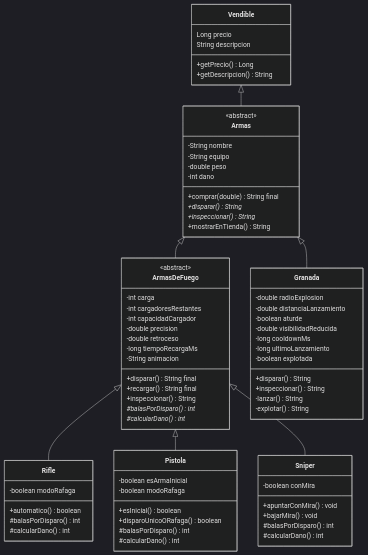
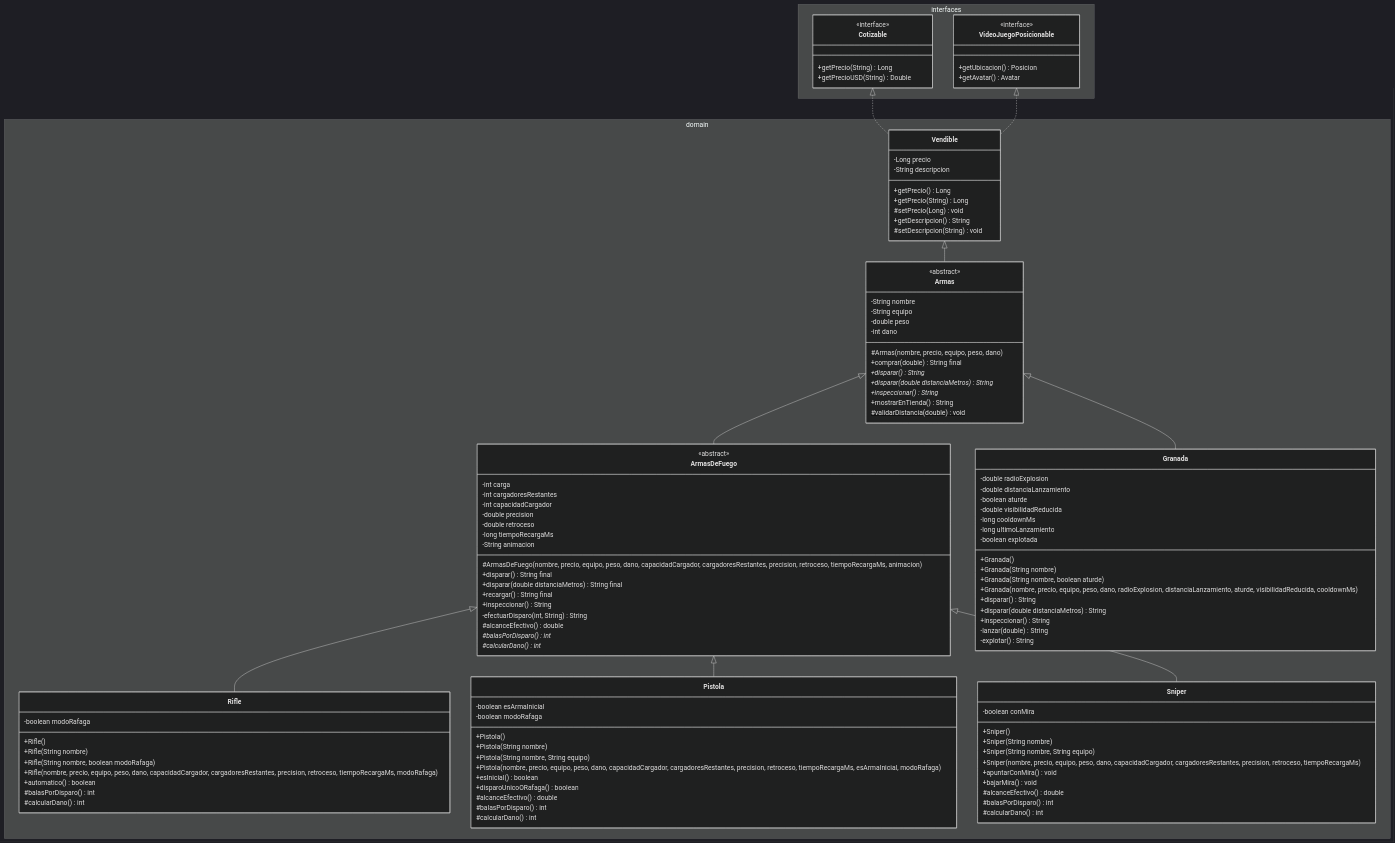
Before and after one commit to Pomona06/MK-taller-git-2026: the diagram in README.md, drawn with Mermaid (dark theme). The commit also changed other lines of this file, not shown here.

Commit message:
README: licencia, Mermaid alineado con src/ y apartado de sobrecarga y sobreescritura
- Sección de licencia Apache 2.0 con enlace a LICENSE.
- Endpoints nuevos (/armas/crear-simple, /armas/comparar, parámetro
  distancia), ejemplos de curl, casos que devuelven 400 y JSON de ejemplo.
- Árbol de paquetes según el template py.edu.uc.lp3.
- Diagrama Mermaid actualizado: namespaces, interfaces, visibilidad de
  Vendible, constructores sobrecargados, disparar(double) y
  alcanceEfectivo().
- Apartado "Sobrecarga y sobreescritura": qué se agregó, en qué clases y
  cómo se distingue una de la otra.
- Respuesta a la pregunta de anclaje sobre asignar la munición a mano.

Claude-Session: https://claude.ai/code/session_01Npabc9G32NaAqtHqrshxXX

````diff
--- a/README.md
+++ b/README.md
@@ -36,71 +97,116 @@
 ```mermaid
 classDiagram
-    class Vendible {
-        Long precio
-        String descripcion
-        +getPrecio() Long
-        +getDescripcion() String
+    namespace interfaces {
+        class Cotizable {
+            <<interface>>
+            +getPrecio(String) Long
+            +getPrecioUSD(String) Double
+        }
+        class VideoJuegoPosicionable {
+            <<interface>>
+            +getUbicacion() Posicion
+            +getAvatar() Avatar
+        }
     }
-    class Armas {
-        <<abstract>>
-        -String nombre
-        -String equipo
-        -double peso
-        -int dano
-        +comprar(double) String final
-        +disparar()* String
-        +inspeccionar()* String
-        +mostrarEnTienda() String
+    namespace domain {
+        class Vendible {
+            -Long precio
+            -String descripcion
+            +getPrecio() Long
+            +getPrecio(String) Long
+            #setPrecio(Long) void
+            +getDescripcion() String
+            #setDescripcion(String) void
+        }
+        class Armas {
+            <<abstract>>
+            -String nombre
+            -String equipo
+            -double peso
+            -int dano
+            #Armas(nombre, precio, equipo, peso, dano)
+            +comprar(double) String final
+            +disparar()* String
+            +disparar(double distanciaMetros)* String
+            +inspeccionar()* String
+            +mostrarEnTienda() String
+            #validarDistancia(double)$ void
+        }
+        class ArmasDeFuego {
+            <<abstract>>
+            -int carga
+            -int cargadoresRestantes
+            -int capacidadCargador
+            -double precision
+            -double retroceso
+            -long tiempoRecargaMs
+            -String animacion
+            #ArmasDeFuego(nombre, precio, equipo, peso, dano, capacidadCargador, cargadoresRestantes, precision, retroceso, tiempoRecargaMs, animacion)
+            +disparar() String final
+            +disparar(double distanciaMetros) String final
+            +recargar() String final
+            +inspeccionar() String
+            -efectuarDisparo(int, String) String
+            #alcanceEfectivo() double
+            #balasPorDisparo()* int
+            #calcularDano()* int
+        }
+        class Granada {
+            -double radioExplosion
+            -double distanciaLanzamiento
+            -boolean aturde
+            -double visibilidadReducida
+            -long cooldownMs
+            -long ultimoLanzamiento
+            -boolean explotada
+            +Granada()
+            +Granada(String nombre)
+            +Granada(String nombre, boolean aturde)
+            +Granada(nombre, precio, equipo, peso, dano, radioExplosion, distanciaLanzamiento, aturde, visibilidadReducida, cooldownMs)
+            +disparar() String
+            +disparar(double distanciaMetros) String
+            +inspeccionar() String
+            -lanzar(double) String
+            -explotar() String
+        }
+        class Rifle {
+            -boolean modoRafaga
+            +Rifle()
+            +Rifle(String nombre)
+            +Rifle(String nombre, boolean modoRafaga)
+            +Rifle(nombre, precio, equipo, peso, dano, capacidadCargador, cargadoresRestantes, precision, retroceso, tiempoRecargaMs, modoRafaga)
+            +automatico() boolean
+            #balasPorDisparo() int
+            #calcularDano() int
+        }
+        class Pistola {
+            -boolean esArmaInicial
+            -boolean modoRafaga
+            +Pistola()
+            +Pistola(String nombre)
+            +Pistola(String nombre, String equipo)
+            +Pistola(nombre, precio, equipo, peso, dano, capacidadCargador, cargadoresRestantes, precision, retroceso, tiempoRecargaMs, esArmaInicial, modoRafaga)
+            +esInicial() boolean
+            +disparoUnicoORafaga() boolean
+            #alcanceEfectivo() double
+            #balasPorDisparo() int
+            #calcularDano() int
+        }
+        class Sniper {
+            -boolean conMira
+            +Sniper()
+            +Sniper(String nombre)
+            +Sniper(String nombre, String equipo)
+            +Sniper(nombre, precio, equipo, peso, dano, capacidadCargador, cargadoresRestantes, precision, retroceso, tiempoRecargaMs)
+            +apuntarConMira() void
+            +bajarMira() void
+            #alcanceEfectivo() double
+            #balasPorDisparo() int
+            #calcularDano() int
+        }
     }
-    class ArmasDeFuego {
-        <<abstract>>
-        -int carga
-        -int cargadoresRestantes
-        -int capacidadCargador
-        -double precision
-        -double retroceso
-        -long tiempoRecargaMs
-        -String animacion
-        +disparar() String final
-        +recargar() String final
-        +inspeccionar() String
-        #balasPorDisparo()* int
-        #calcularDano()* int
-    }
-    class Granada {
-        -double radioExplosion
-        -double distanciaLanzamiento
-        -boolean aturde
-        -double visibilidadReducida
-        -long cooldownMs
-        -long ultimoLanzamiento
-        -boolean explotada
-        +disparar() String
-        +inspeccionar() String
-        -lanzar() String
-        -explotar() String
-    }
-    class Rifle {
-        -boolean modoRafaga
-        +automatico() boolean
-        #balasPorDisparo() int
-        #calcularDano() int
-    }
-    class Pistola {
-        -boolean esArmaInicial
-        -boolean modoRafaga
-        +esInicial() boolean
-        +disparoUnicoORafaga() boolean
-        #balasPorDisparo() int
-        #calcularDano() int
-    }
-    class Sniper {
-        -boolean conMira
-        +apuntarConMira() void
-        +bajarMira() void
-        #balasPorDisparo() int
-        #calcularDano() int
-    }
+    Cotizable <|.. Vendible
+    VideoJuegoPosicionable <|.. Vendible
     Vendible <|-- Armas
     Armas <|-- ArmasDeFuego
     Armas <|-- Granada
````
